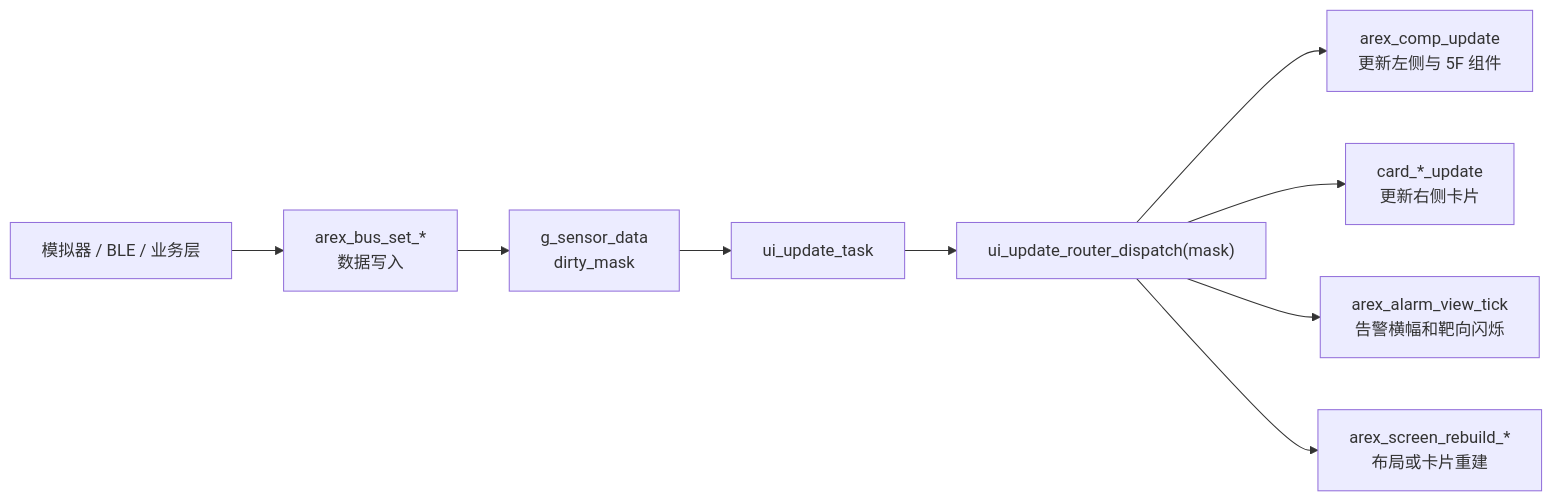
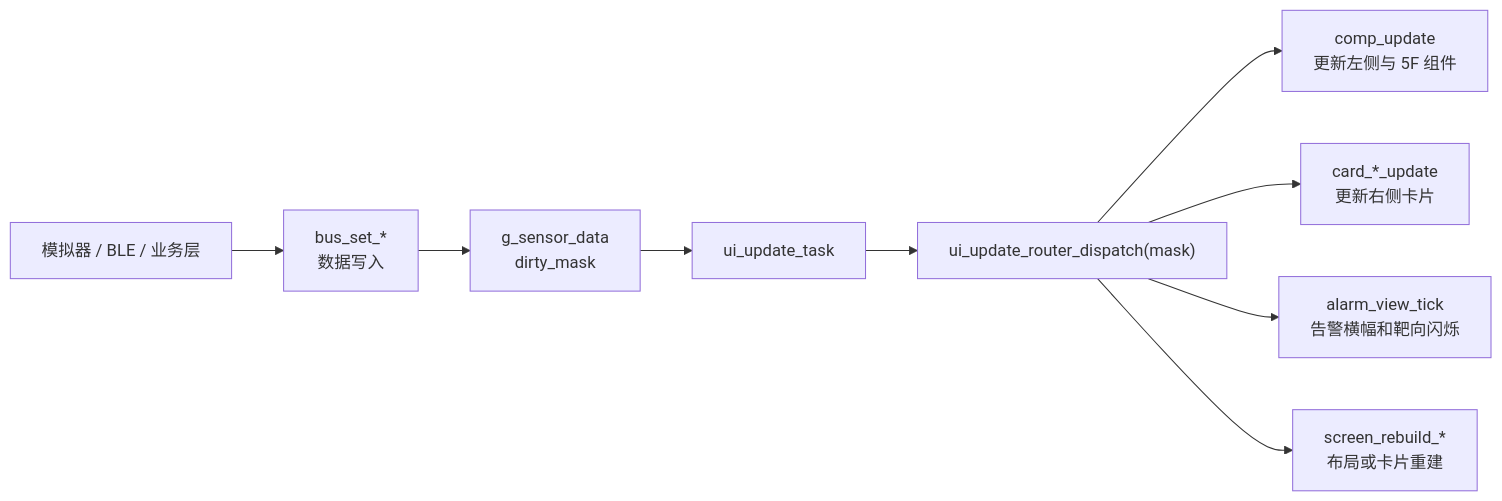
The second of 6 diagrams in UI_html_DOC/UI_MODULE_MAP.md (arexvision/lv_port_win_codeblocks-release-v8.3_hasGroup), drawn with Mermaid before and after one commit. The commit also changed other lines of this file and 4 other files, not shown here.

````diff
--- a/UI_html_DOC/UI_MODULE_MAP.md
+++ b/UI_html_DOC/UI_MODULE_MAP.md
@@ -48,11 +52,11 @@
 ```mermaid
 flowchart LR
-    Sim["模拟器 / BLE / 业务层"] --> Bus["arex_bus_set_*<br/>数据写入"]
+    Sim["模拟器 / BLE / 业务层"] --> Bus["bus_set_*<br/>数据写入"]
     Bus --> Sensor["g_sensor_data<br/>dirty_mask"]
     Sensor --> Tick["ui_update_task"]
     Tick --> Router["ui_update_router_dispatch(mask)"]
-    Router --> Widgets["arex_comp_update<br/>更新左侧与 5F 组件"]
+    Router --> Widgets["comp_update<br/>更新左侧与 5F 组件"]
     Router --> Cards["card_*_update<br/>更新右侧卡片"]
-    Router --> AlarmView["arex_alarm_view_tick<br/>告警横幅和靶向闪烁"]
-    Router --> ScreenRebuild["arex_screen_rebuild_*<br/>布局或卡片重建"]
+    Router --> AlarmView["alarm_view_tick<br/>告警横幅和靶向闪烁"]
+    Router --> ScreenRebuild["screen_rebuild_*<br/>布局或卡片重建"]
 ```
````
